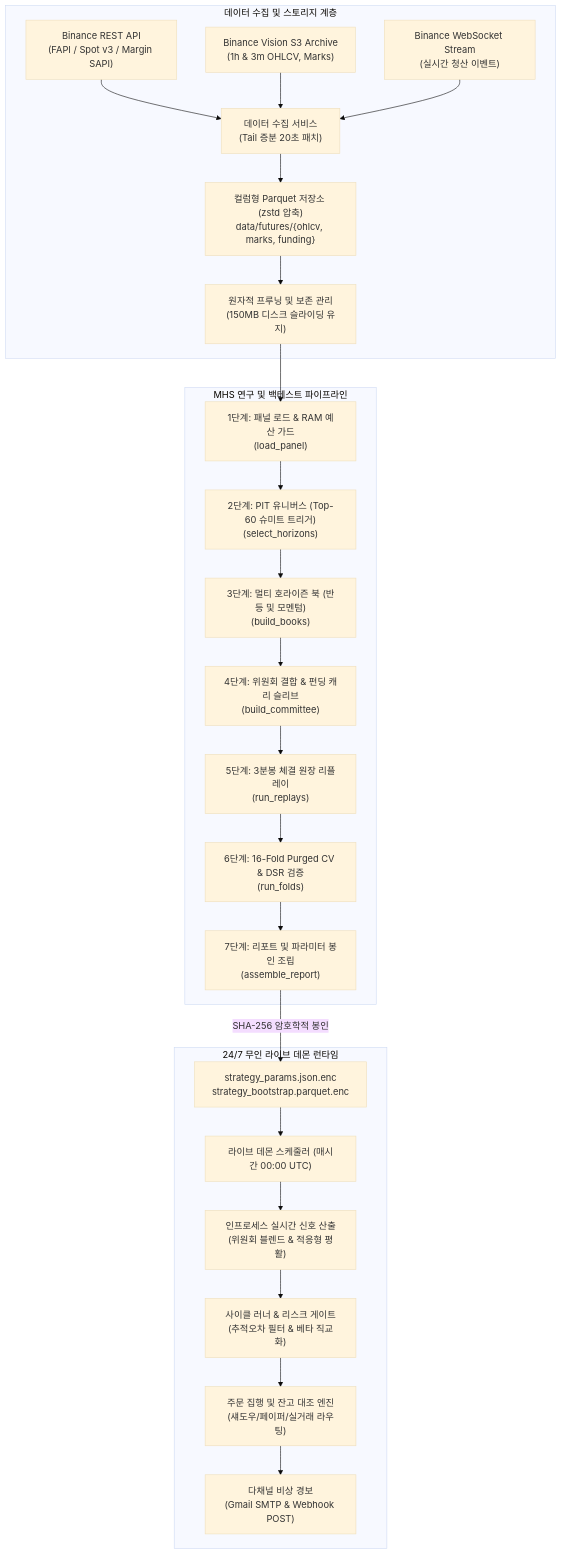
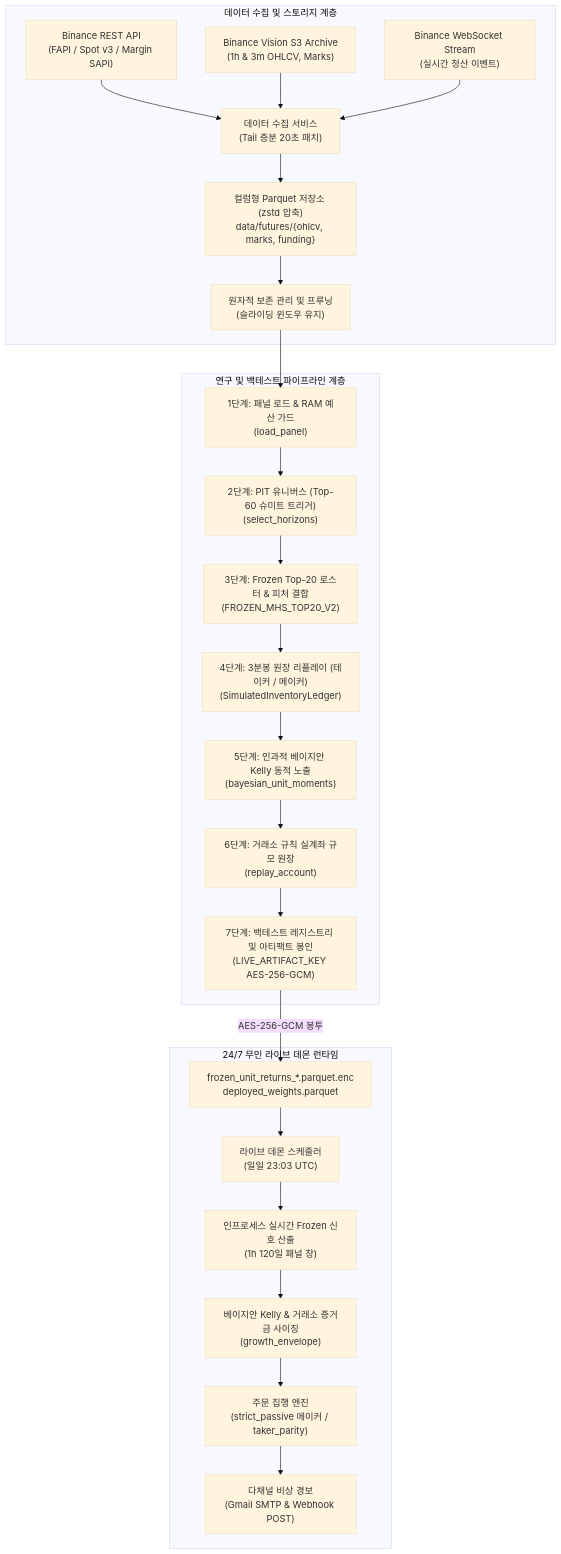
Before and after one commit to KTHYEONG/crypto-pilot: the diagram in docs/architecture/overview.md, drawn with Mermaid (base theme). The commit also changed other lines of this file and 5 other files, not shown here.

First line of the commit message:
docs: 최신 Frozen 전략·메이커 집행·베이지안 Kelly 반영 아키텍처 문서 동기화

````diff
--- a/docs/architecture/overview.md
+++ b/docs/architecture/overview.md
@@ -41,29 +41,29 @@
 ```mermaid
 flowchart TD
     subgraph DataTier ["데이터 수집 및 스토리지 계층"]
         DS1["Binance REST API<br/>(FAPI / Spot v3 / Margin SAPI)"] --> DI["데이터 수집 서비스<br/>(Tail 증분 20초 패치)"]
         DS2["Binance Vision S3 Archive<br/>(1h & 3m OHLCV, Marks)"] --> DI
         DS3["Binance WebSocket Stream<br/>(실시간 청산 이벤트)"] --> DI
         DI --> FS["컬럼형 Parquet 저장소 (zstd 압축)<br/>data/futures/{ohlcv, marks, funding}"]
-        FS --> PR["원자적 프루닝 및 보존 관리<br/>(150MB 디스크 슬라이딩 유지)"]
+        FS --> PR["원자적 보존 관리 및 프루닝<br/>(슬라이딩 윈도우 유지)"]
     end
 
-    subgraph ResearchTier ["MHS 연구 및 백테스트 파이프라인"]
+    subgraph ResearchTier ["연구 및 백테스트 파이프라인 계층"]
         PR --> S1["1단계: 패널 로드 & RAM 예산 가드<br/>(load_panel)"]
         S1 --> S2["2단계: PIT 유니버스 (Top-60 슈미트 트리거)<br/>(select_horizons)"]
-        S2 --> S3["3단계: 멀티 호라이즌 북 (반등 및 모멘텀)<br/>(build_books)"]
-        S3 --> S4["4단계: 위원회 결합 & 펀딩 캐리 슬리브<br/>(build_committee)"]
-        S4 --> S5["5단계: 3분봉 체결 원장 리플레이<br/>(run_replays)"]
-        S5 --> S6["6단계: 16-Fold Purged CV & DSR 검증<br/>(run_folds)"]
-        S6 --> S7["7단계: 리포트 및 파라미터 봉인 조립<br/>(assemble_report)"]
+        S2 --> S3["3단계: Frozen Top-20 로스터 & 피처 결합<br/>(FROZEN_MHS_TOP20_V2)"]
+        S3 --> S4["4단계: 3분봉 원장 리플레이 (테이커 / 메이커)<br/>(SimulatedInventoryLedger)"]
+        S4 --> S5["5단계: 인과적 베이지안 Kelly 동적 노출<br/>(bayesian_unit_moments)"]
+        S5 --> S6["6단계: 거래소 규칙 실계좌 규모 원장<br/>(replay_account)"]
+        S6 --> S7["7단계: 백테스트 레지스트리 및 아티팩트 봉인<br/>(LIVE_ARTIFACT_KEY AES-256-GCM)"]
     end
 
     subgraph LiveTier ["24/7 무인 라이브 데몬 런타임"]
-        S7 -->|"SHA-256 암호학적 봉인"| ST["strategy_params.json.enc<br/>strategy_bootstrap.parquet.enc"]
-        ST --> LD["라이브 데몬 스케줄러 (매시간 00:00 UTC)"]
-        LD --> SS["인프로세스 실시간 신호 산출<br/>(위원회 블렌드 & 적응형 평활)"]
-        SS --> SC["사이클 러너 & 리스크 게이트<br/>(추적오차 필터 & 베타 직교화)"]
-        SC --> EX["주문 집행 및 잔고 대조 엔진<br/>(섀도우/페이퍼/실거래 라우팅)"]
+        S7 -->|"AES-256-GCM 봉투"| ST["frozen_unit_returns_*.parquet.enc<br/>deployed_weights.parquet"]
+        ST --> LD["라이브 데몬 스케줄러<br/>(일일 23:03 UTC)"]
+        LD --> SS["인프로세스 실시간 Frozen 신호 산출<br/>(1h 120일 패널 창)"]
+        SS --> SC["베이지안 Kelly & 거래소 증거금 사이징<br/>(growth_envelope)"]
+        SC --> EX["주문 집행 엔진<br/>(strict_passive 메이커 / taker_parity)"]
         EX --> AL["다채널 비상 경보<br/>(Gmail SMTP & Webhook POST)"]
     end
 ```
````
